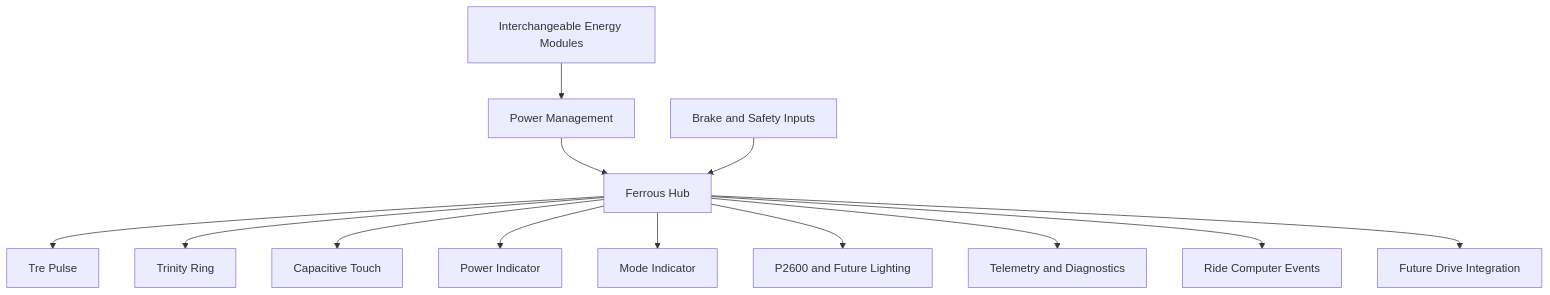
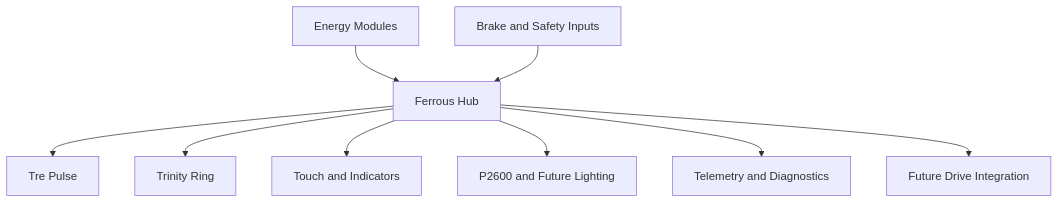
The diagram in README.md (tspreck/ferrous-drive), drawn with Mermaid before and after one commit. The commit also changed other lines of this file, not shown here.

````diff
--- a/README.md
+++ b/README.md
@@ -49,17 +19,11 @@
 ```mermaid
 flowchart TD
-    EM[Interchangeable Energy Modules] --> PM[Power Management]
-    PM --> FH[Ferrous Hub]
-
+    EM[Energy Modules] --> FH[Ferrous Hub]
     FH --> TP[Tre Pulse]
     FH --> TR[Trinity Ring]
-    FH --> CT[Capacitive Touch]
-    FH --> PI[Power Indicator]
-    FH --> MI[Mode Indicator]
+    FH --> UI[Touch and Indicators]
     FH --> LT[P2600 and Future Lighting]
     FH --> TM[Telemetry and Diagnostics]
-    FH --> RC[Ride Computer Events]
-    FH --> DC[Future Drive Integration]
-
+    FH --> DI[Future Drive Integration]
     SF[Brake and Safety Inputs] --> FH
 ```
````
